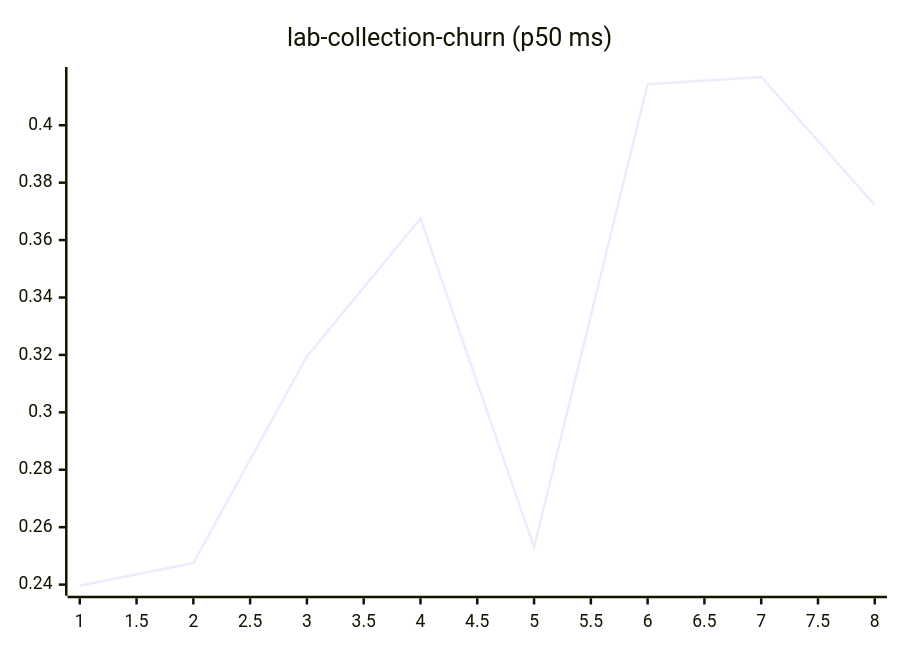
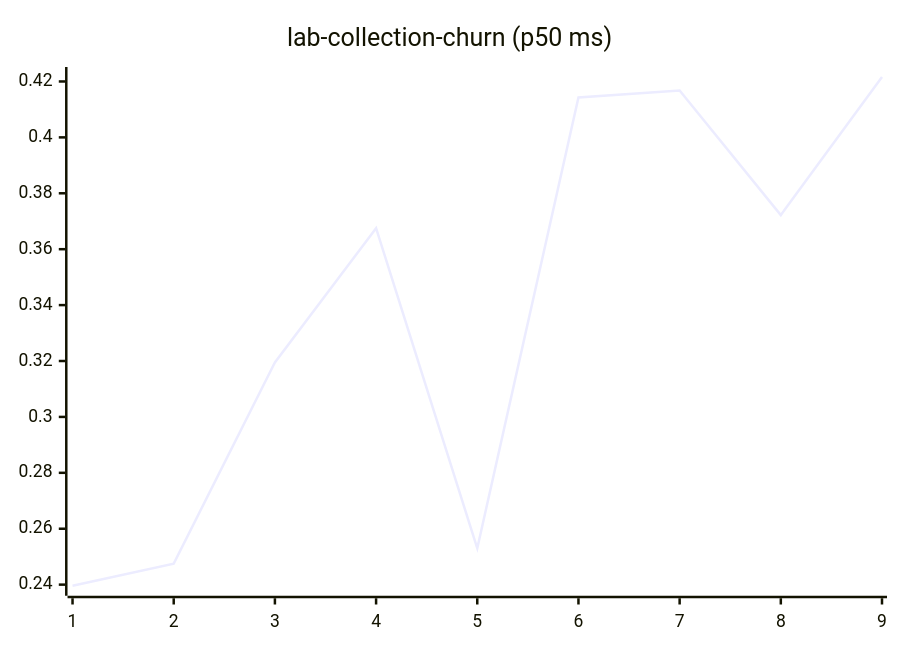
Diagram 11 of 27 in README.md (josha/Facet), drawn with Mermaid before and after one commit. The commit also changed other lines of this file and 2 other files, not shown here.

````diff
--- a/README.md
+++ b/README.md
@@ -133,6 +133,6 @@
 ```mermaid
 xychart-beta
     title "lab-collection-churn (p50 ms)"
-    x-axis 1 --> 8
-    line [0.2396, 0.2475, 0.3195, 0.3675, 0.2530, 0.4143, 0.4168, 0.3722]
+    x-axis 1 --> 9
+    line [0.2396, 0.2475, 0.3195, 0.3675, 0.2530, 0.4143, 0.4168, 0.3722, 0.4216]
 ```
````
